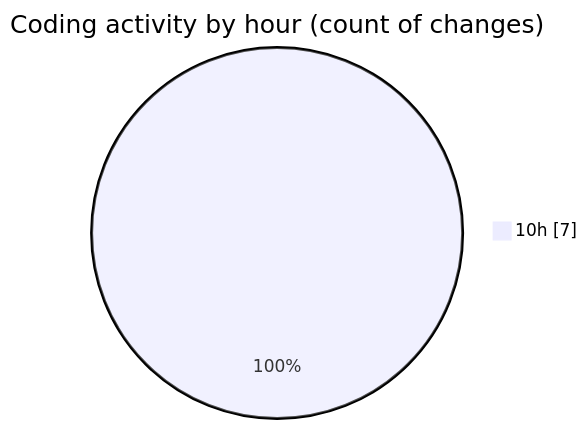
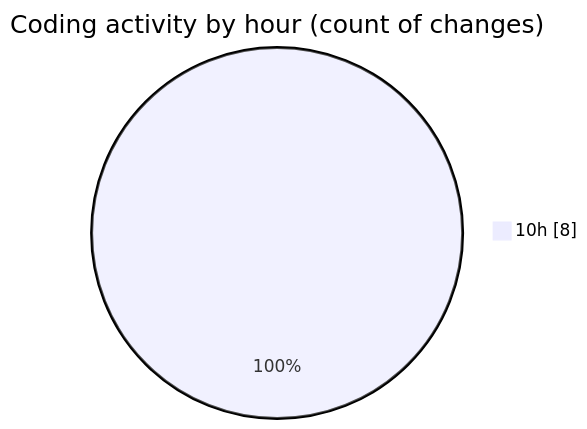
One commit to igalym/code-tracking changed the second of 2 diagrams in 2025-12-30/budget_front_nest/README.md. Above: the diagram before and after it, drawn with Mermaid. The commit also changed other lines of this file and 1 other file, not shown here.

````diff
--- a/2025-12-30/budget_front_nest/README.md
+++ b/2025-12-30/budget_front_nest/README.md
@@ -33,5 +34,5 @@
 ```mermaid
 pie showData
 title Coding activity by hour (count of changes)
-"10h" : 7
+"10h" : 8
 ```
````
